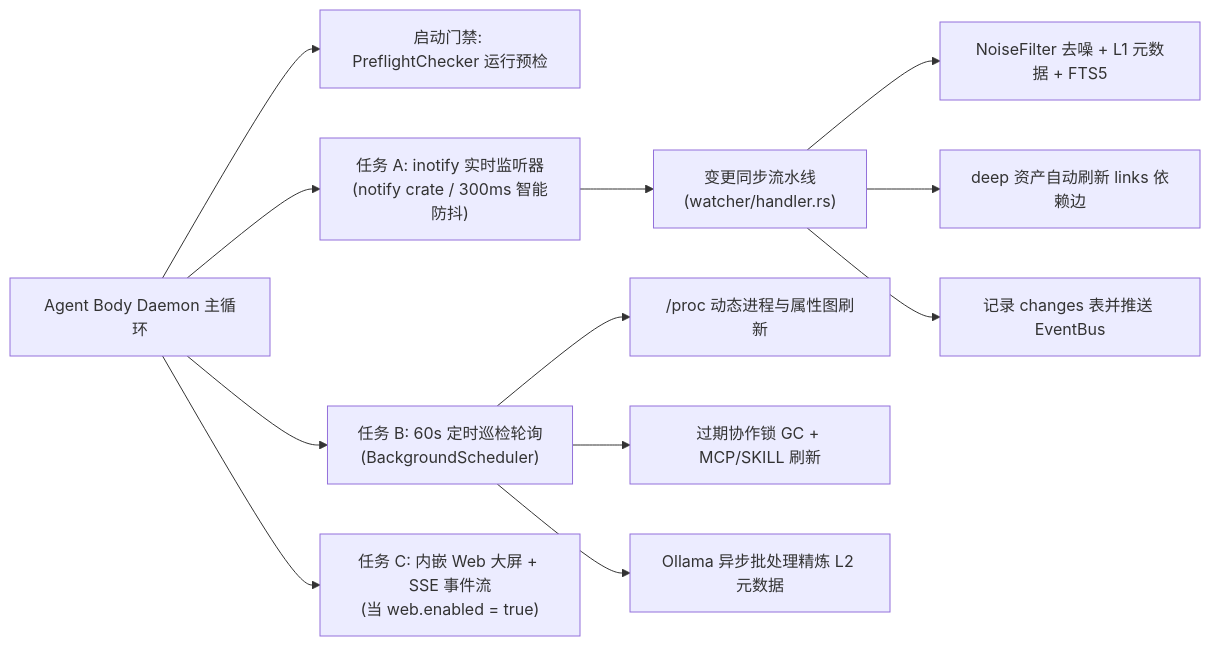
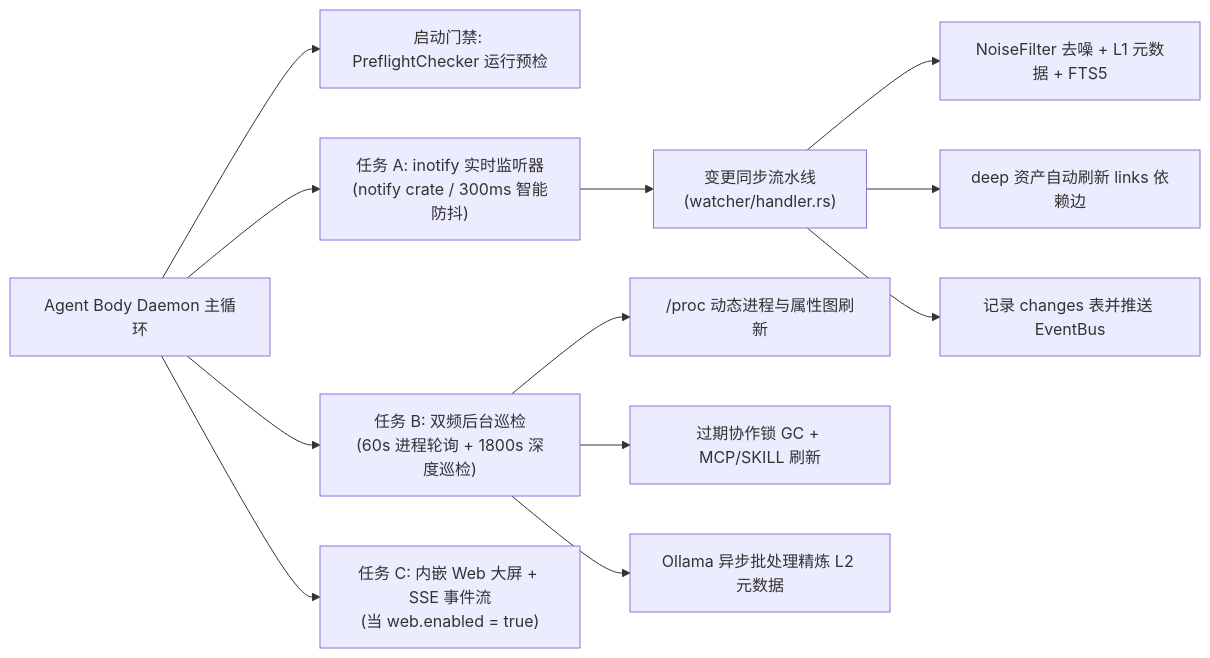
The diagram in docs/manual/05-daemon-and-watcher.md (digoal/agent-body), drawn with Mermaid before and after one commit. The commit also changed other lines of this file and 2 other files, not shown here.

Commit message:
docs(daemon): align dual-frequency background inspection across manuals and architecture SVG

````diff
--- a/docs/manual/05-daemon-and-watcher.md
+++ b/docs/manual/05-daemon-and-watcher.md
@@ -11,16 +11,16 @@
 ```mermaid
 flowchart LR
     Daemon["Agent Body Daemon 主循环"] --> Pre["启动门禁: PreflightChecker 运行预检"]
     Daemon --> TaskA["任务 A: inotify 实时监听器<br/>(notify crate / 300ms 智能防抖)"]
-    Daemon --> TaskB["任务 B: 60s 定时巡检轮询<br/>(BackgroundScheduler)"]
+    Daemon --> TaskB["任务 B: 双频后台巡检<br/>(60s 进程轮询 + 1800s 深度巡检)"]
     Daemon --> WebSSE["任务 C: 内嵌 Web 大屏 + SSE 事件流<br/>(当 web.enabled = true)"]
 
     TaskA --> Sync["变更同步流水线<br/>(watcher/handler.rs)"]
     Sync --> DB1["NoiseFilter 去噪 + L1 元数据 + FTS5"]
     Sync --> DB2["deep 资产自动刷新 links 依赖边"]
     Sync --> DB3["记录 changes 表并推送 EventBus"]
 
     TaskB --> Sched1["/proc 动态进程与属性图刷新"]
     TaskB --> Sched2["过期协作锁 GC + MCP/SKILL 刷新"]
     TaskB --> Sched3["Ollama 异步批处理精炼 L2 元数据"]
 ```
````
